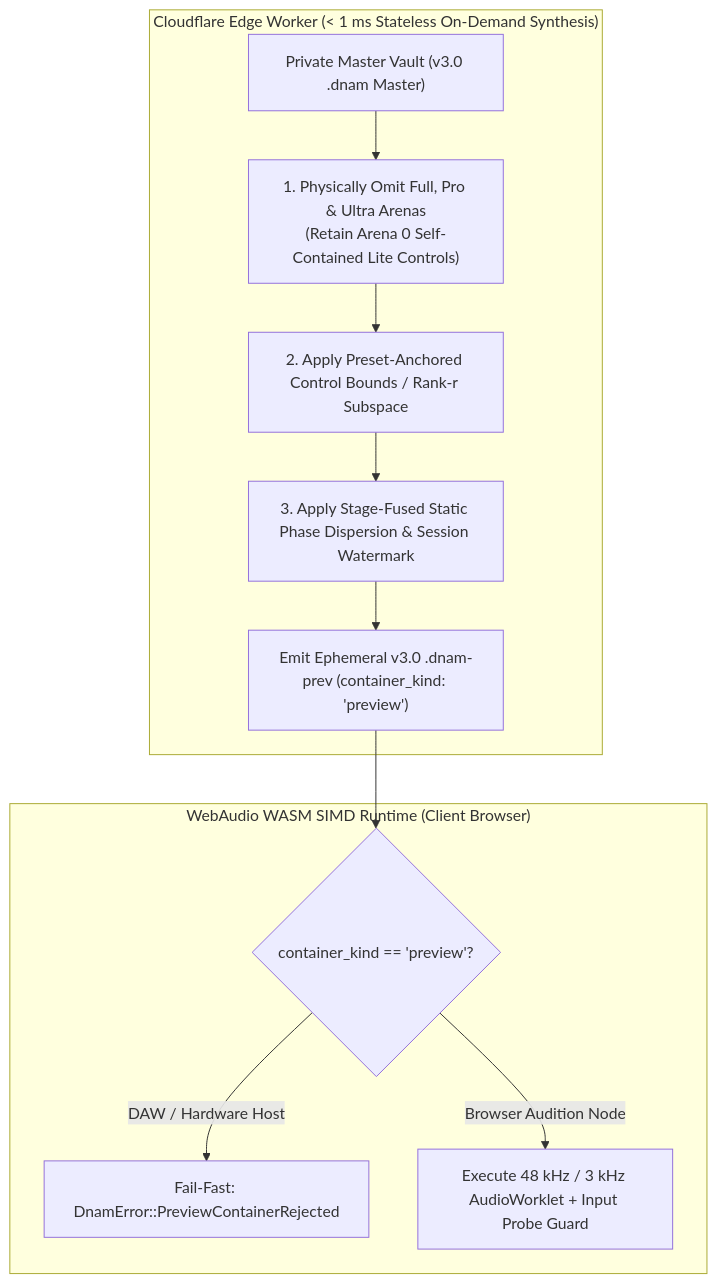
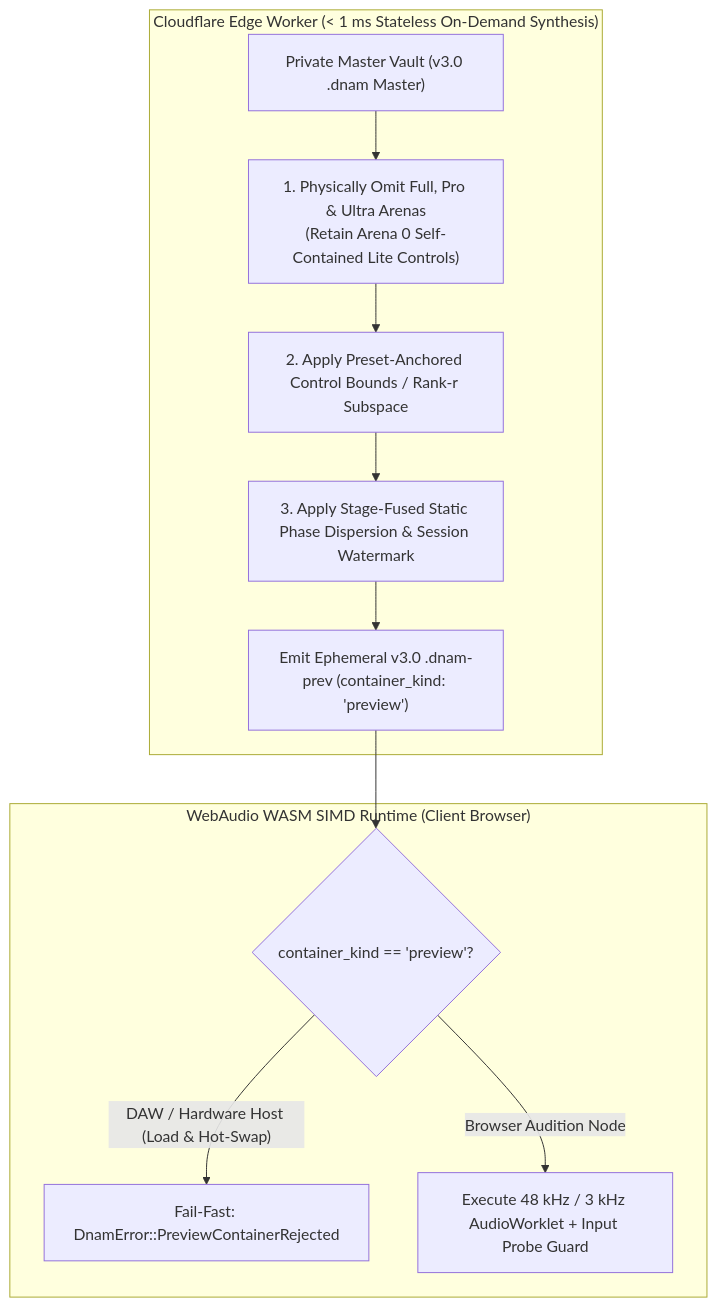
Before and after one commit to mokugen/dnam: the second of 3 diagrams in docs/specs/security/watermarking_and_marketplace.md, drawn with Mermaid. The commit also changed other lines of this file and 19 other files, not shown here.

````diff
--- a/docs/specs/security/watermarking_and_marketplace.md
+++ b/docs/specs/security/watermarking_and_marketplace.md
@@ -112,15 +170,15 @@
 ```mermaid
 flowchart TD
     subgraph EdgeWorker ["Cloudflare Edge Worker (< 1 ms Stateless On-Demand Synthesis)"]
         Vault["Private Master Vault (v3.0 .dnam Master)"] --> Strip["1. Physically Omit Full, Pro & Ultra Arenas<br/>(Retain Arena 0 Self-Contained Lite Controls)"]
         Strip --> Bound["2. Apply Preset-Anchored Control Bounds / Rank-r Subspace"]
         Bound --> Disp["3. Apply Stage-Fused Static Phase Dispersion & Session Watermark"]
         Disp --> Emit["Emit Ephemeral v3.0 .dnam-prev (container_kind: 'preview')"]
     end
 
     subgraph Browser ["WebAudio WASM SIMD Runtime (Client Browser)"]
         Emit --> Check{"container_kind == 'preview'?"}
-        Check -- "DAW / Hardware Host" --> Reject["Fail-Fast: DnamError::PreviewContainerRejected"]
+        Check -- "DAW / Hardware Host (Load & Hot-Swap)" --> Reject["Fail-Fast: DnamError::PreviewContainerRejected"]
         Check -- "Browser Audition Node" --> Play["Execute 48 kHz / 3 kHz AudioWorklet + Input Probe Guard"]
     end
 ```
````
